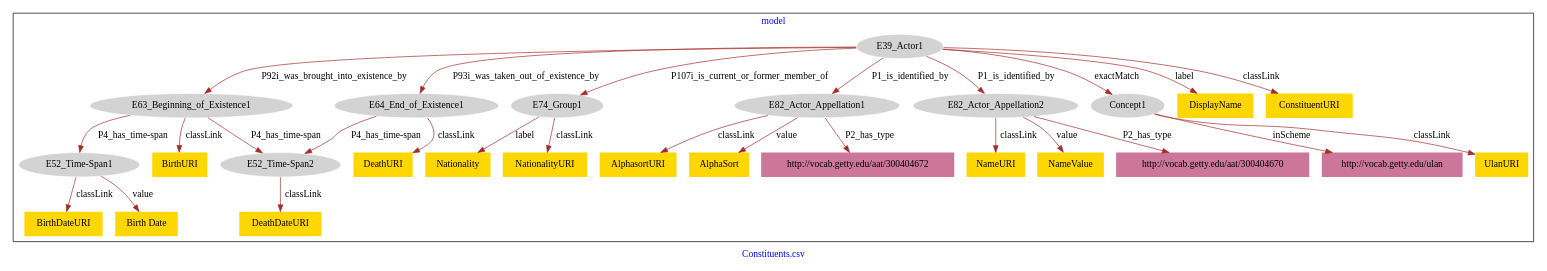
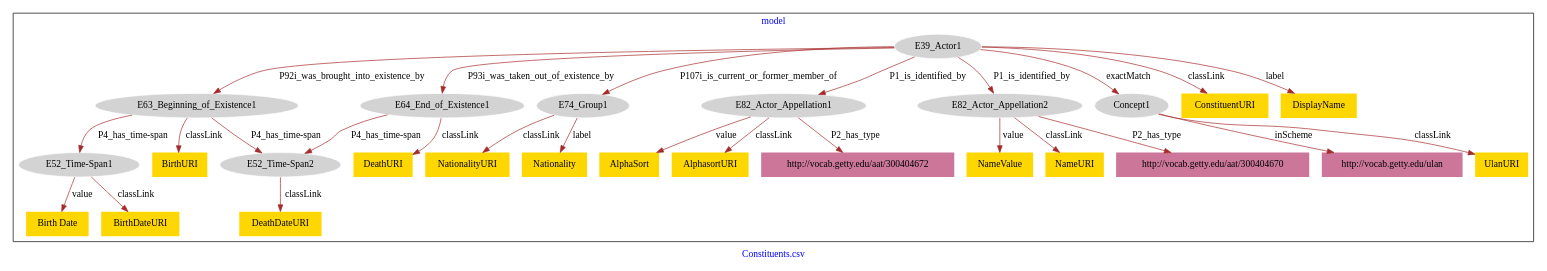
Before and after one commit to american-art/GM: the diagram in Constituents/Constituents_institutions-model.dot, drawn with Graphviz.

Commit message:
Update file Constituents_institutions-model.dot

```diff
--- a/Constituents/Constituents_institutions-model.dot
+++ b/Constituents/Constituents_institutions-model.dot
@@ -1,60 +1,60 @@
 digraph n0 {
 fontcolor="blue"
 remincross="true"
 label="Constituents.csv"
 subgraph cluster {
 label="model"
 n2[style="filled",color="white",fillcolor="lightgray",label="E39_Actor1"];
 n3[style="filled",color="white",fillcolor="lightgray",label="E63_Beginning_of_Existence1"];
 n4[style="filled",color="white",fillcolor="lightgray",label="E64_End_of_Existence1"];
 n5[style="filled",color="white",fillcolor="lightgray",label="E74_Group1"];
 n6[style="filled",color="white",fillcolor="lightgray",label="E82_Actor_Appellation1"];
 n7[style="filled",color="white",fillcolor="lightgray",label="E82_Actor_Appellation2"];
 n8[style="filled",color="white",fillcolor="lightgray",label="Concept1"];
 n9[style="filled",color="white",fillcolor="lightgray",label="E52_Time-Span1"];
 n10[style="filled",color="white",fillcolor="lightgray",label="E52_Time-Span2"];
-n11[shape="plaintext",style="filled",fillcolor="gold",label="DeathURI"];
-n12[shape="plaintext",style="filled",fillcolor="gold",label="NameURI"];
-n13[shape="plaintext",style="filled",fillcolor="gold",label="Birth Date"];
-n14[shape="plaintext",style="filled",fillcolor="gold",label="NationalityURI"];
-n15[shape="plaintext",style="filled",fillcolor="gold",label="BirthDateURI"];
-n16[shape="plaintext",style="filled",fillcolor="gold",label="BirthURI"];
-n17[shape="plaintext",style="filled",fillcolor="gold",label="DisplayName"];
-n18[shape="plaintext",style="filled",fillcolor="gold",label="NameValue"];
-n19[shape="plaintext",style="filled",fillcolor="gold",label="Nationality"];
-n20[shape="plaintext",style="filled",fillcolor="gold",label="UlanURI"];
-n21[shape="plaintext",style="filled",fillcolor="gold",label="DeathDateURI"];
-n22[shape="plaintext",style="filled",fillcolor="gold",label="ConstituentURI"];
-n23[shape="plaintext",style="filled",fillcolor="gold",label="AlphasortURI"];
-n24[shape="plaintext",style="filled",fillcolor="gold",label="AlphaSort"];
+n11[shape="plaintext",style="filled",fillcolor="gold",label="Nationality"];
+n12[shape="plaintext",style="filled",fillcolor="gold",label="ConstituentURI"];
+n13[shape="plaintext",style="filled",fillcolor="gold",label="DisplayName"];
+n14[shape="plaintext",style="filled",fillcolor="gold",label="UlanURI"];
+n15[shape="plaintext",style="filled",fillcolor="gold",label="AlphaSort"];
+n16[shape="plaintext",style="filled",fillcolor="gold",label="DeathURI"];
+n17[shape="plaintext",style="filled",fillcolor="gold",label="NameValue"];
+n18[shape="plaintext",style="filled",fillcolor="gold",label="BirthURI"];
+n19[shape="plaintext",style="filled",fillcolor="gold",label="DeathDateURI"];
+n20[shape="plaintext",style="filled",fillcolor="gold",label="NameURI"];
+n21[shape="plaintext",style="filled",fillcolor="gold",label="BirthDateURI"];
+n22[shape="plaintext",style="filled",fillcolor="gold",label="AlphasortURI"];
+n23[shape="plaintext",style="filled",fillcolor="gold",label="Birth Date"];
+n24[shape="plaintext",style="filled",fillcolor="gold",label="NationalityURI"];
 n25[shape="plaintext",style="filled",fillcolor="#CC7799",label="http://vocab.getty.edu/aat/300404672"];
 n26[shape="plaintext",style="filled",fillcolor="#CC7799",label="http://vocab.getty.edu/aat/300404670"];
 n27[shape="plaintext",style="filled",fillcolor="#CC7799",label="http://vocab.getty.edu/ulan"];
 }
 n2 -> n3[color="brown",fontcolor="black",label="P92i_was_brought_into_existence_by"]
 n2 -> n4[color="brown",fontcolor="black",label="P93i_was_taken_out_of_existence_by"]
 n2 -> n5[color="brown",fontcolor="black",label="P107i_is_current_or_former_member_of"]
 n2 -> n6[color="brown",fontcolor="black",label="P1_is_identified_by"]
 n2 -> n7[color="brown",fontcolor="black",label="P1_is_identified_by"]
 n2 -> n8[color="brown",fontcolor="black",label="exactMatch"]
 n3 -> n9[color="brown",fontcolor="black",label="P4_has_time-span"]
 n3 -> n10[color="brown",fontcolor="black",label="P4_has_time-span"]
-n4 -> n11[color="brown",fontcolor="black",label="classLink"]
-n7 -> n12[color="brown",fontcolor="black",label="classLink"]
-n9 -> n13[color="brown",fontcolor="black",label="value"]
-n5 -> n14[color="brown",fontcolor="black",label="classLink"]
-n9 -> n15[color="brown",fontcolor="black",label="classLink"]
-n3 -> n16[color="brown",fontcolor="black",label="classLink"]
-n2 -> n17[color="brown",fontcolor="black",label="label"]
-n7 -> n18[color="brown",fontcolor="black",label="value"]
-n5 -> n19[color="brown",fontcolor="black",label="label"]
-n8 -> n20[color="brown",fontcolor="black",label="classLink"]
-n10 -> n21[color="brown",fontcolor="black",label="classLink"]
-n2 -> n22[color="brown",fontcolor="black",label="classLink"]
-n6 -> n23[color="brown",fontcolor="black",label="classLink"]
-n6 -> n24[color="brown",fontcolor="black",label="value"]
+n5 -> n11[color="brown",fontcolor="black",label="label"]
+n2 -> n12[color="brown",fontcolor="black",label="classLink"]
+n2 -> n13[color="brown",fontcolor="black",label="label"]
+n8 -> n14[color="brown",fontcolor="black",label="classLink"]
+n6 -> n15[color="brown",fontcolor="black",label="value"]
+n4 -> n16[color="brown",fontcolor="black",label="classLink"]
+n7 -> n17[color="brown",fontcolor="black",label="value"]
+n3 -> n18[color="brown",fontcolor="black",label="classLink"]
+n10 -> n19[color="brown",fontcolor="black",label="classLink"]
+n7 -> n20[color="brown",fontcolor="black",label="classLink"]
+n9 -> n21[color="brown",fontcolor="black",label="classLink"]
+n6 -> n22[color="brown",fontcolor="black",label="classLink"]
+n9 -> n23[color="brown",fontcolor="black",label="value"]
+n5 -> n24[color="brown",fontcolor="black",label="classLink"]
 n6 -> n25[color="brown",fontcolor="black",label="P2_has_type"]
 n7 -> n26[color="brown",fontcolor="black",label="P2_has_type"]
 n8 -> n27[color="brown",fontcolor="black",label="inScheme"]
 n4 -> n10[color="brown",fontcolor="black",label="P4_has_time-span"]
 }
```
